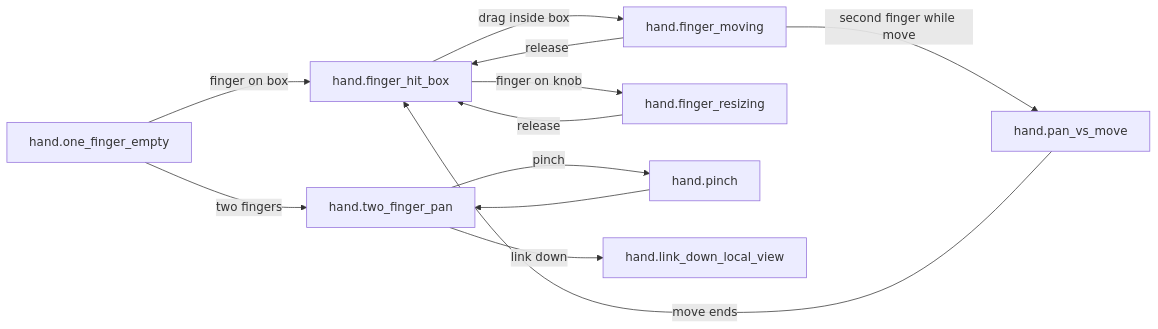
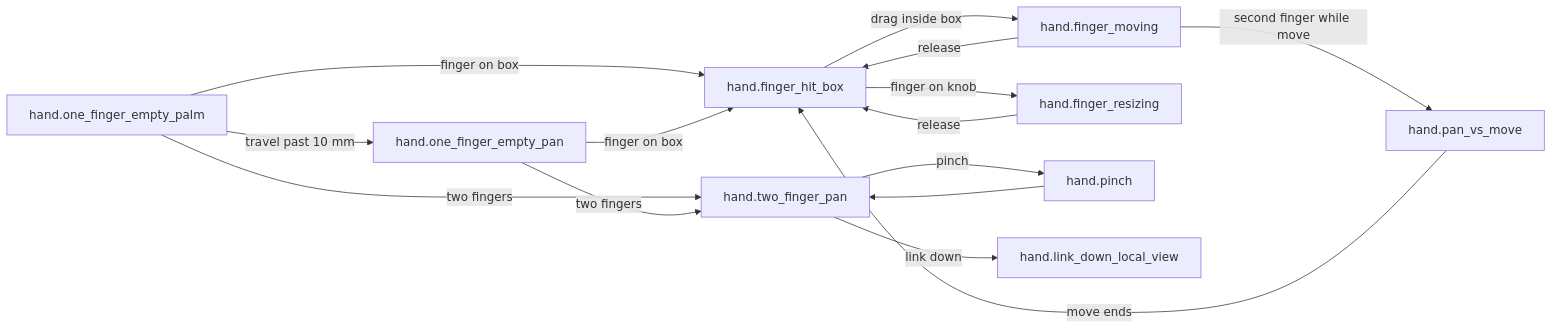
One commit to hoaidv/reawa changed the diagram in .plan/iter-005/design/hand-touch/ui-spec.md. Above: the diagram before and after it, drawn with Mermaid. The commit also changed other lines of this file and 73 other files, not shown here.

````diff
--- a/.plan/iter-005/design/hand-touch/ui-spec.md
+++ b/.plan/iter-005/design/hand-touch/ui-spec.md
@@ -75,14 +78,17 @@
 ```mermaid
 flowchart LR
-  empty[hand.one_finger_empty] -->|finger on box| hit[hand.finger_hit_box]
-  empty -->|two fingers| pan[hand.two_finger_pan]
+  palm[hand.one_finger_empty_palm] -->|finger on box| hit[hand.finger_hit_box]
+  palm -->|travel past 10 mm| emptyPan[hand.one_finger_empty_pan]
+  palm -->|two fingers| pan[hand.two_finger_pan]
+  emptyPan -->|finger on box| hit
+  emptyPan -->|two fingers| pan
   hit -->|drag inside box| move[hand.finger_moving]
   hit -->|finger on knob| resize[hand.finger_resizing]
   move -->|second finger while move| conflict[hand.pan_vs_move]
   move -->|release| hit
   pan -->|pinch| pinch[hand.pinch]
   pan -->|link down| link[hand.link_down_local_view]
   pinch --> pan
   conflict -->|move ends| hit
   resize -->|release| hit
 ```
````
